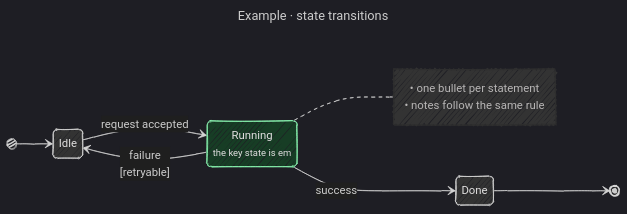
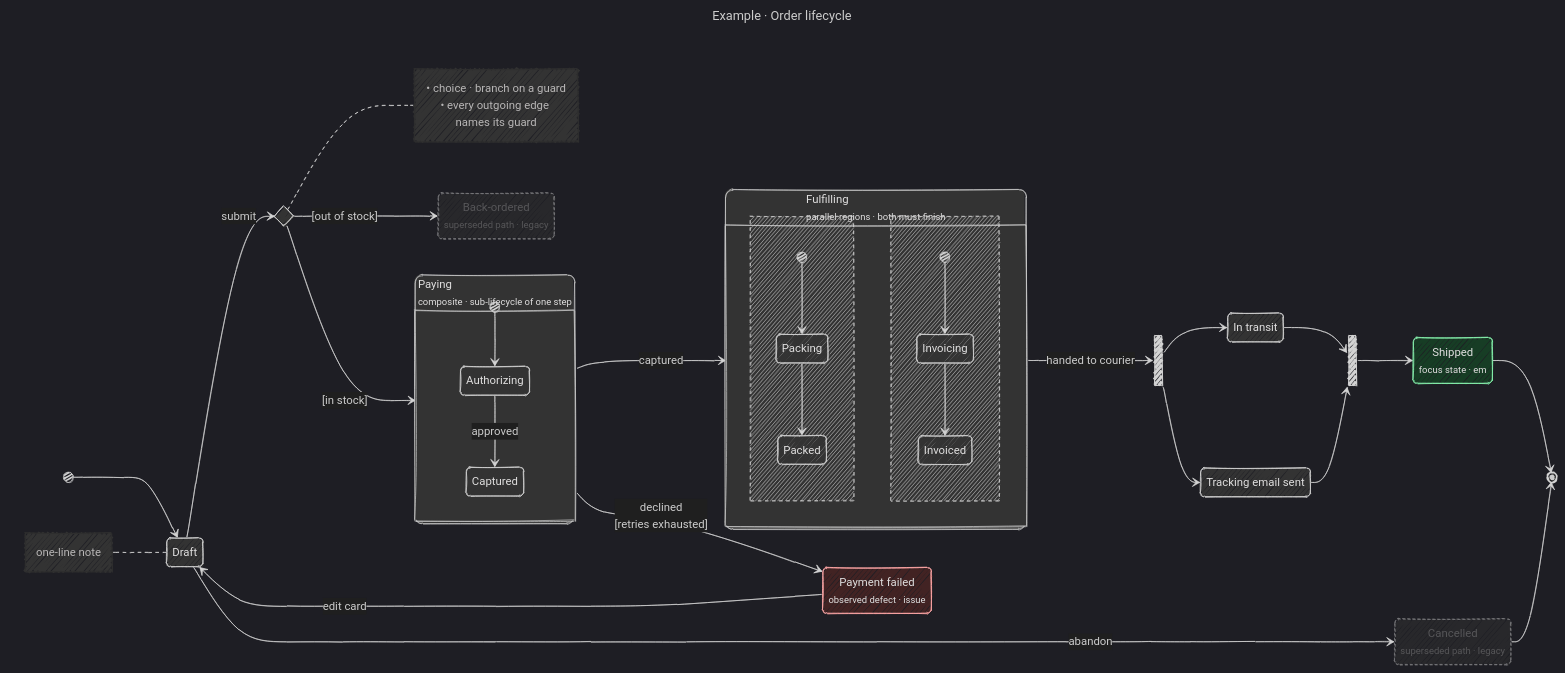
The diagram in blueprint/diagram-examples/state.mermaid (undervoke/dinyd), drawn with Mermaid before and after one commit. The commit also changed 3 other files, not shown here.

First line of the commit message:
docs(blueprint): extend the flowchart, sequence, state, and ER examples

```diff
--- a/blueprint/diagram-examples/state.mermaid
+++ b/blueprint/diagram-examples/state.mermaid
@@ -1,33 +1,79 @@
 ---
-title: Example · state transitions
+title: Example · Order lifecycle
 config:
   look: handDrawn
   handDrawnSeed: 5
   theme: dark
   themeVariables:
     mainBkg: "#333333"
     edgeLabelBackground: "#1f1f1f"
     noteBkgColor: "#333333"
+    altBackground: "#242424"
   themeCSS: |
     small { color: #b3b3b3; display: inline-block; text-align: left; }
+    /* hand-drawn parallel regions hardcode a lightgrey hatch in 11.16; the rule is inert in Mermaid 12 */
+    .statediagram-cluster-alt [stroke="lightgrey"] { stroke: #2a2a2a; }
 ---
-%% Owning document: <domain>.md.
+%% Transition label is free text, written `event [guard]` by convention; composite `state X { }` groups a sub-lifecycle; `--` splits parallel regions.
+%% Pseudo-states: `<<choice>>` branches on a guard, `<<fork>>`/`<<join>>` split and merge flat states.
+%% `accTitle` / `accDescr` summarize the diagram for screen readers.
+%% `state "Label" as id or `id : Label` names a state; apply a class with `class id name` or `id:::name`.
 stateDiagram-v2
   direction LR
-  state "Idle" as Idle
-  state "Running<br/><small>the key state is em</small>" as Running
-  state "Done" as Done
+  state "Draft" as Draft
+  state "Paying<br/><small>composite · sub-lifecycle of one step</small>" as Paying {
+    state "Authorizing" as Authorizing
+    state "Captured" as Captured
+    [*] --> Authorizing
+    Authorizing --> Captured : approved
+  }
+  state stock_check <<choice>>
+  state "Fulfilling<br/><small>parallel regions · both must finish</small>" as Fulfilling {
+    state "Packing" as Packing
+    state "Packed" as Packed
+    [*] --> Packing
+    Packing --> Packed
+    --
+    state "Invoicing" as Invoicing
+    state "Invoiced" as Invoiced
+    [*] --> Invoicing
+    Invoicing --> Invoiced
+  }
+  state "Shipped<br/><small>focus state · em</small>" as Shipped
+  state "Payment failed<br/><small>observed defect · issue</small>" as Failed
+  state "Back-ordered<br/><small>superseded path · legacy</small>" as BackOrdered
 
-  [*] --> Idle
-  Idle --> Running : request accepted
-  Running --> Done : success
-  Running --> Idle : failure<br/>[retryable]
-  Done --> [*]
+  [*] --> Draft
+  Draft --> stock_check : submit
+  stock_check --> Paying : [in stock]
+  stock_check --> BackOrdered : [out of stock]
+  Paying --> Fulfilling : captured
+  Paying --> Failed : declined<br/>[retries exhausted]
+  Failed --> Draft : edit card
+  state hand_over <<fork>>
+  state arrived <<join>>
+  Fulfilling --> hand_over : handed to courier
+  hand_over --> InTransit
+  hand_over --> Notified
+  InTransit : In transit
+  Notified : Tracking email sent
+  InTransit --> arrived
+  Notified --> arrived
+  arrived --> Shipped
+  Shipped --> [*]
+  Draft --> Cancelled:::inactive : abandon
+  Cancelled : Cancelled<br/><small>superseded path · legacy</small>
+  Cancelled --> [*]
 
-  note right of Running
-    • one bullet per statement
-    • notes follow the same rule
+  note right of stock_check
+    • choice · branch on a guard
+    • every outgoing edge names its guard
   end note
+  note left of Draft : one-line note
 
   classDef em fill:#173d25,stroke:#86efac
-  class Running em
+  classDef issue fill:#422323,stroke:#fca5a5
+  classDef inactive opacity:0.5,stroke-dasharray:4 3
+  class Shipped em
+  class Failed issue
+  class BackOrdered inactive
```
